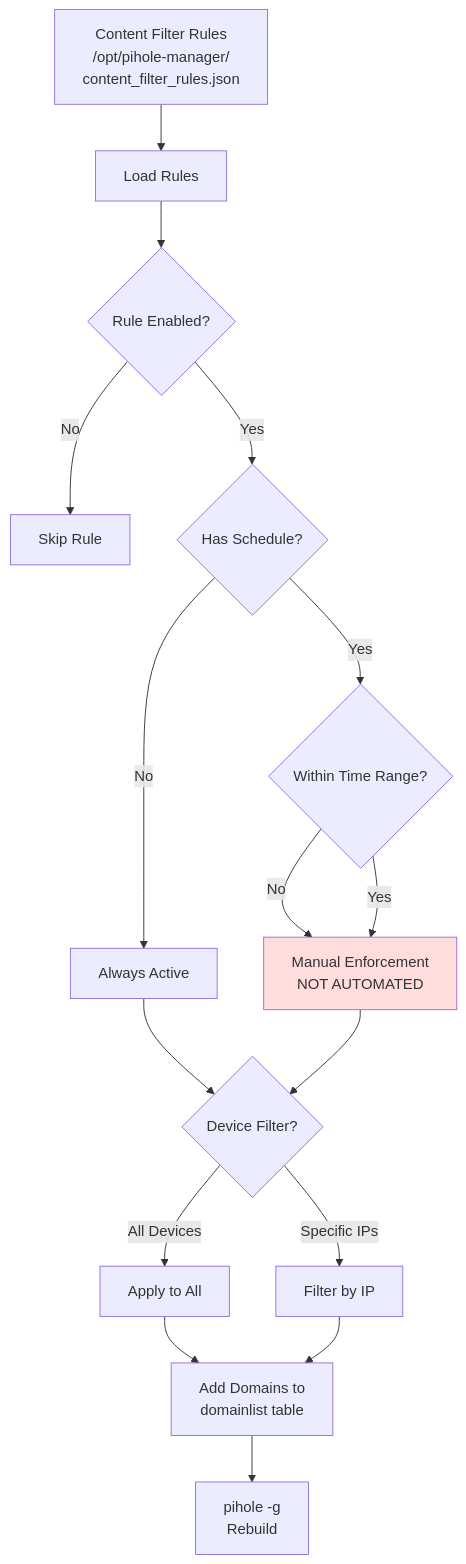
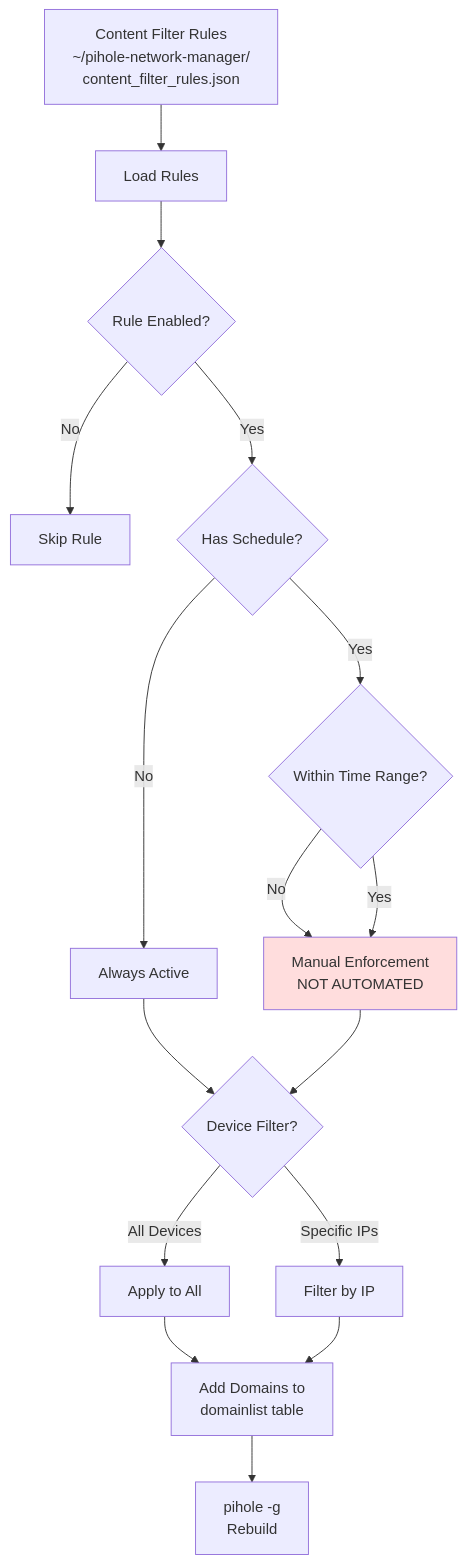
Before and after one commit to ThePraxium/pihole-network-manager: the eighth of 13 diagrams in docs/code-reference.md, drawn with Mermaid. The commit also changed other lines of this file and 16 other files, not shown here.

````diff
--- a/docs/code-reference.md
+++ b/docs/code-reference.md
@@ -398,27 +398,27 @@
 ```mermaid
 flowchart TD
-    Rules[Content Filter Rules<br/>/opt/pihole-manager/<br/>content_filter_rules.json] --> Load[Load Rules]
+    Rules[Content Filter Rules<br/>~/pihole-network-manager/<br/>content_filter_rules.json] --> Load[Load Rules]
 
     Load --> Check{Rule Enabled?}
     Check -->|No| Skip[Skip Rule]
     Check -->|Yes| Schedule{Has Schedule?}
 
     Schedule -->|No| Always[Always Active]
     Schedule -->|Yes| Time{Within Time Range?}
 
     Time -->|No| Manual[Manual Enforcement<br/>NOT AUTOMATED]
     Time -->|Yes| Manual
 
     Always --> Devices{Device Filter?}
     Manual --> Devices
 
     Devices -->|All Devices| AllDev[Apply to All]
     Devices -->|Specific IPs| FilterDev[Filter by IP]
 
     AllDev --> Apply[Add Domains to<br/>domainlist table]
     FilterDev --> Apply
 
     Apply --> Gravity[pihole -g<br/>Rebuild]
 
     style Manual fill:#fdd
 ```
````
